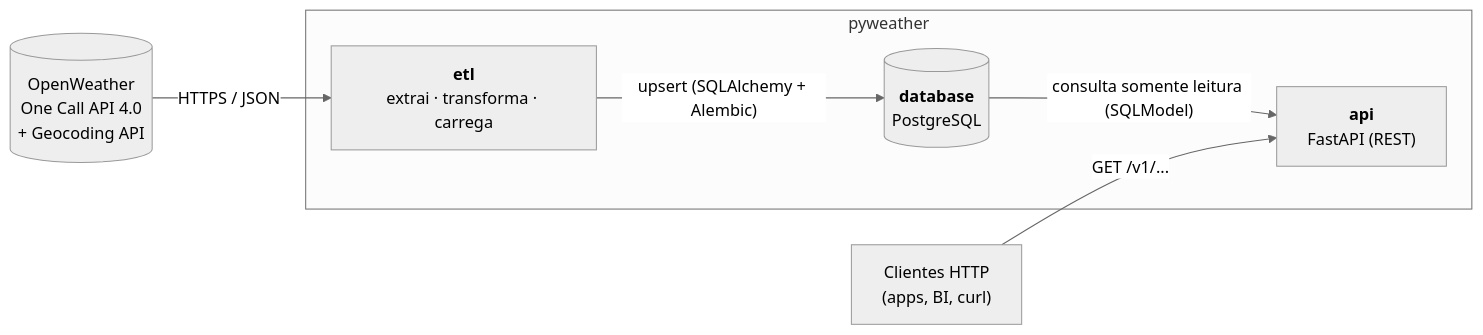
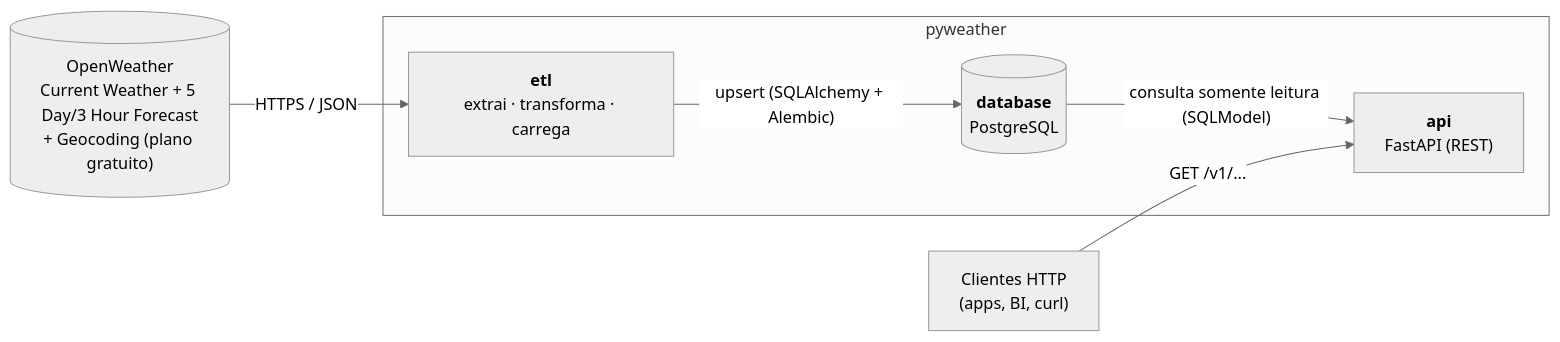
Before and after one commit to lwglg/pyweather: the diagram in README.md, drawn with Mermaid (neutral theme). The commit also changed other lines of this file and 13 other files, not shown here.

````diff
--- a/README.md
+++ b/README.md
@@ -13,15 +11,15 @@
 ```mermaid
 flowchart LR
-    OW[("OpenWeather<br/>One Call API 4.0<br/>+ Geocoding API")]
+    OW[("OpenWeather<br/>Current Weather + 5 Day/3 Hour Forecast<br/>+ Geocoding (plano gratuito)")]
     subgraph PYW["pyweather"]
         ETL["<b>etl</b><br/>extrai · transforma · carrega"]
         DB[("<b>database</b><br/>PostgreSQL")]
         API["<b>api</b><br/>FastAPI (REST)"]
     end
     CLI["Clientes HTTP<br/>(apps, BI, curl)"]
 
     OW -- "HTTPS / JSON" --> ETL
     ETL -- "upsert (SQLAlchemy + Alembic)" --> DB
     DB -- "consulta somente leitura (SQLModel)" --> API
     CLI -- "GET /v1/..." --> API
 ```
````
